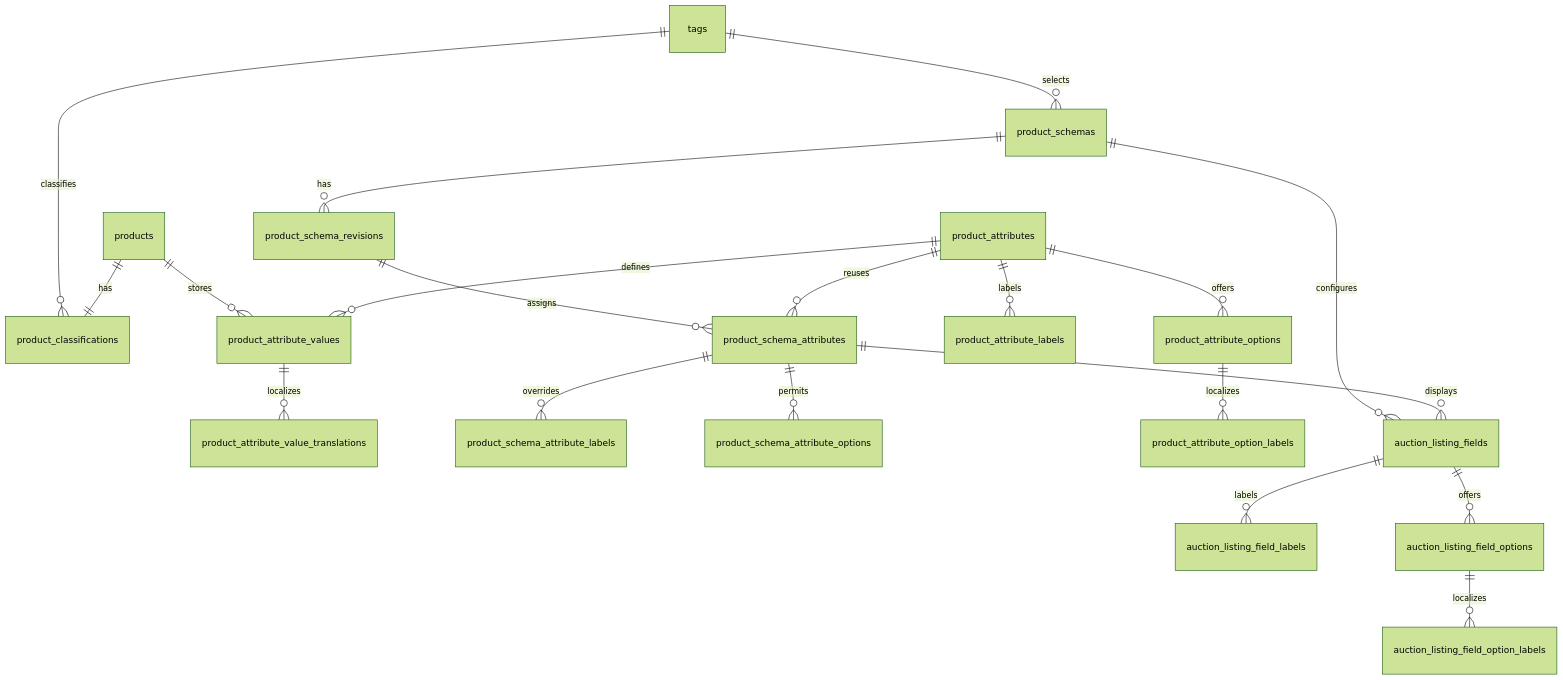
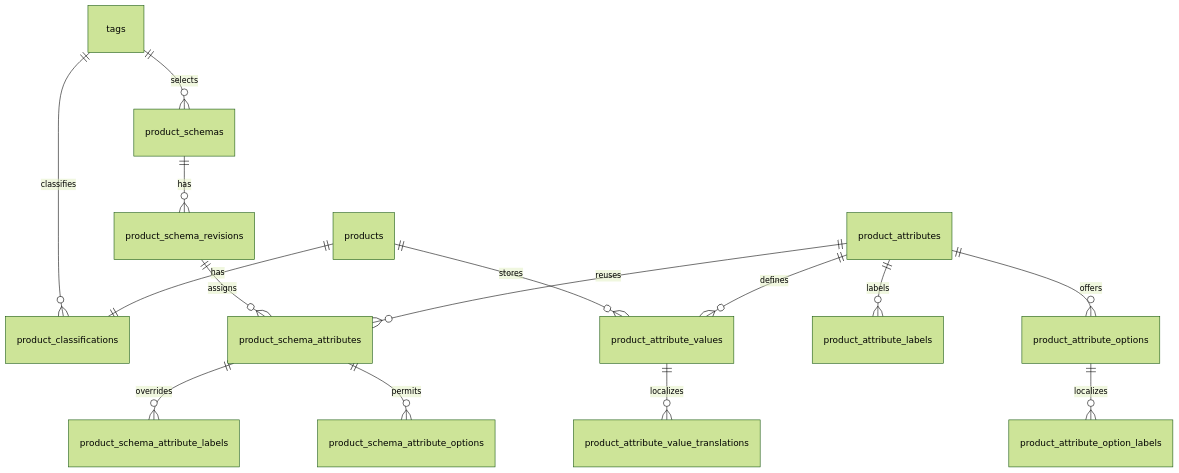
One commit to potzchan6969/grade10-spec changed the diagram in openspec/changes/add-inventory-product-content-types/tech-design.md. Above: the diagram before and after it, drawn with Mermaid (forest theme). The commit also changed other lines of this file and 5 other files, not shown here.

Commit message:
feat(auction): snapshot product display fields

````diff
--- a/openspec/changes/add-inventory-product-content-types/tech-design.md
+++ b/openspec/changes/add-inventory-product-content-types/tech-design.md
@@ -208,25 +224,20 @@
 ```mermaid
 erDiagram
   tags ||--o{ product_classifications : classifies
   products ||--|| product_classifications : has
   products ||--o{ product_attribute_values : stores
   product_attributes ||--o{ product_attribute_values : defines
   product_attribute_values ||--o{ product_attribute_value_translations : localizes
 
   tags ||--o{ product_schemas : selects
   product_schemas ||--o{ product_schema_revisions : has
   product_schema_revisions ||--o{ product_schema_attributes : assigns
   product_attributes ||--o{ product_schema_attributes : reuses
   product_schema_attributes ||--o{ product_schema_attribute_labels : overrides
   product_schema_attributes ||--o{ product_schema_attribute_options : permits
 
   product_attributes ||--o{ product_attribute_labels : labels
   product_attributes ||--o{ product_attribute_options : offers
   product_attribute_options ||--o{ product_attribute_option_labels : localizes
 
-  product_schemas ||--o{ auction_listing_fields : configures
-  product_schema_attributes ||--o{ auction_listing_fields : displays
-  auction_listing_fields ||--o{ auction_listing_field_labels : labels
-  auction_listing_fields ||--o{ auction_listing_field_options : offers
-  auction_listing_field_options ||--o{ auction_listing_field_option_labels : localizes
 ```
````
